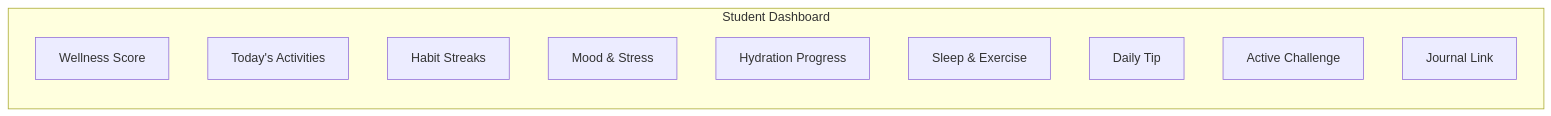
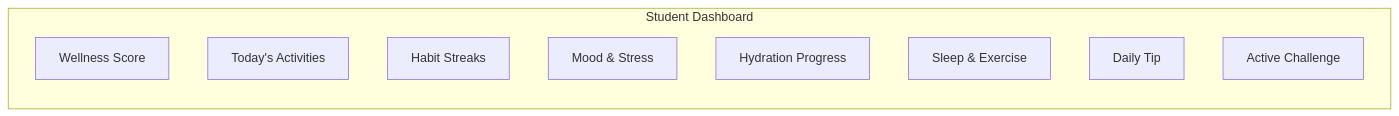
Before and after one commit to goxxie08/Wellvia: the second of 8 diagrams in PROJECT_VISION.md, drawn with Mermaid. The commit also changed other lines of this file and 2 other files, not shown here.

Commit message:
docs: remove journal feature references

````diff
--- a/PROJECT_VISION.md
+++ b/PROJECT_VISION.md
@@ -237,14 +231,13 @@
 ```mermaid
 graph LR
     subgraph Student Dashboard
         A["Wellness Score"]
         B["Today's Activities"]
         C["Habit Streaks"]
         D["Mood & Stress"]
         E["Hydration Progress"]
         F["Sleep & Exercise"]
         G["Daily Tip"]
         H["Active Challenge"]
-        I["Journal Link"]
     end
 ```
````
